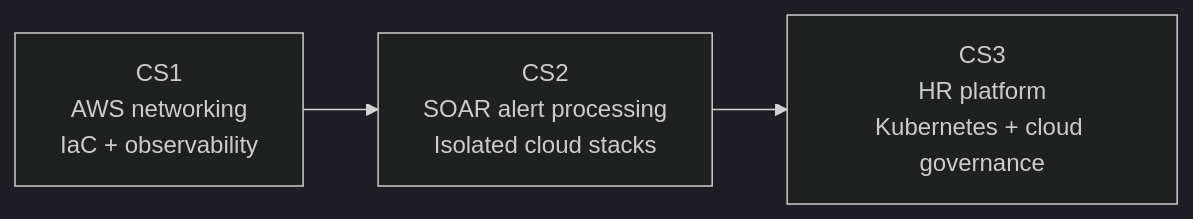
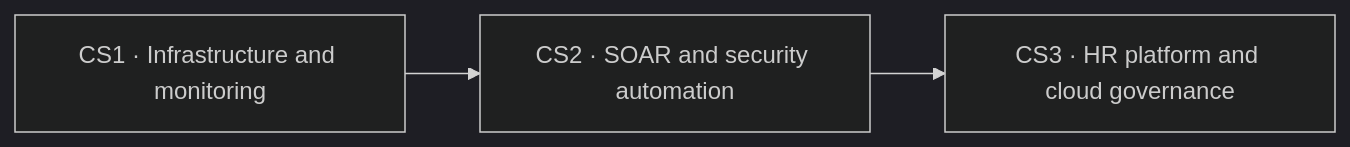
The diagram in README.md (gdarslan/Case-Study-1-2-3), drawn with Mermaid (dark theme) before and after one commit. The commit also changed other lines of this file and 78 other files, not shown here.

````diff
--- a/README.md
+++ b/README.md
@@ -19,7 +13,5 @@
 ```mermaid
 flowchart LR
-    A["CS1<br/>AWS networking<br/>IaC + observability"]
-    B["CS2<br/>SOAR alert processing<br/>Isolated cloud stacks"]
-    C["CS3<br/>HR platform<br/>Kubernetes + cloud governance"]
-    A --> B --> C
+    A["CS1 · Infrastructure and monitoring"] --> B["CS2 · SOAR and security automation"]
+    B --> C["CS3 · HR platform and cloud governance"]
 ```
````
